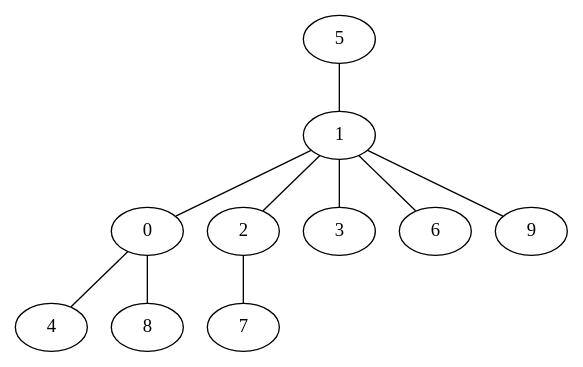
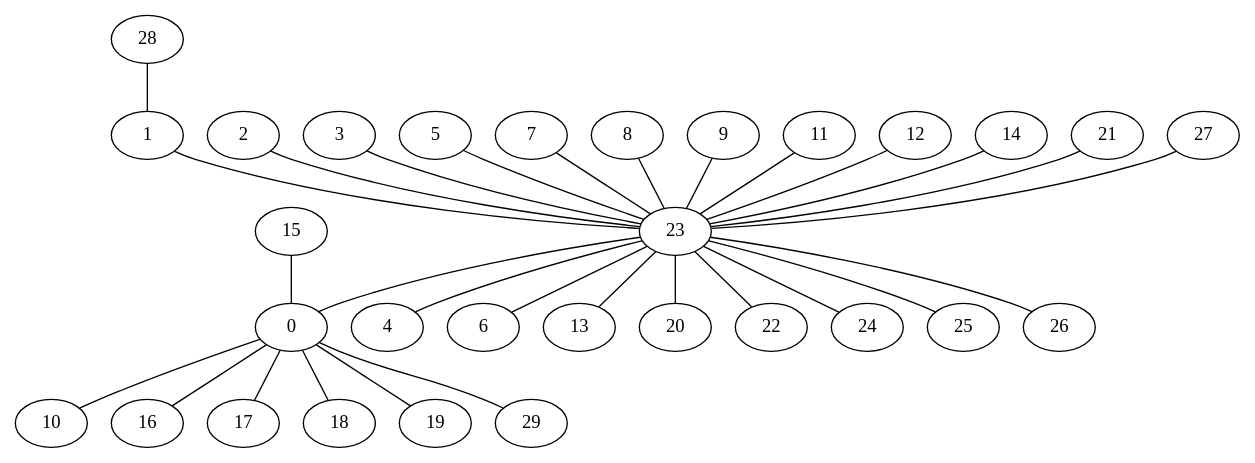
The diagram in Texto_Kruskal_Prim/gPrimGilbert41.dot (humbertoART/BibliotecaGraph), drawn with Graphviz before and after one commit. The commit also changed 105 other files, not shown here.

```diff
--- a/Texto_Kruskal_Prim/gPrimGilbert41.dot
+++ b/Texto_Kruskal_Prim/gPrimGilbert41.dot
@@ -1,21 +1,61 @@
 graph G {
+  23;
+  0;
   1;
-  0;
   2;
   3;
   4;
   5;
   6;
   7;
   8;
   9;
-   1 -- 0;
-   1 -- 2;
-   1 -- 3;
-   0 -- 4;
-   5 -- 1;
-   1 -- 6;
-   2 -- 7;
-   0 -- 8;
-   1 -- 9;
+  10;
+  11;
+  12;
+  13;
+  14;
+  15;
+  16;
+  17;
+  18;
+  19;
+  20;
+  21;
+  22;
+  24;
+  25;
+  26;
+  27;
+  28;
+  29;
+   23 -- 0;
+   1 -- 23;
+   2 -- 23;
+   3 -- 23;
+   23 -- 4;
+   5 -- 23;
+   23 -- 6;
+   7 -- 23;
+   8 -- 23;
+   9 -- 23;
+   0 -- 10;
+   11 -- 23;
+   12 -- 23;
+   23 -- 13;
+   14 -- 23;
+   15 -- 0;
+   0 -- 16;
+   0 -- 17;
+   0 -- 18;
+   0 -- 19;
+   23 -- 20;
+   21 -- 23;
+   23 -- 22;
+   23 -- 24;
+   23 -- 25;
+   23 -- 26;
+   27 -- 23;
+   28 -- 1;
+   0 -- 29;
 }
```
